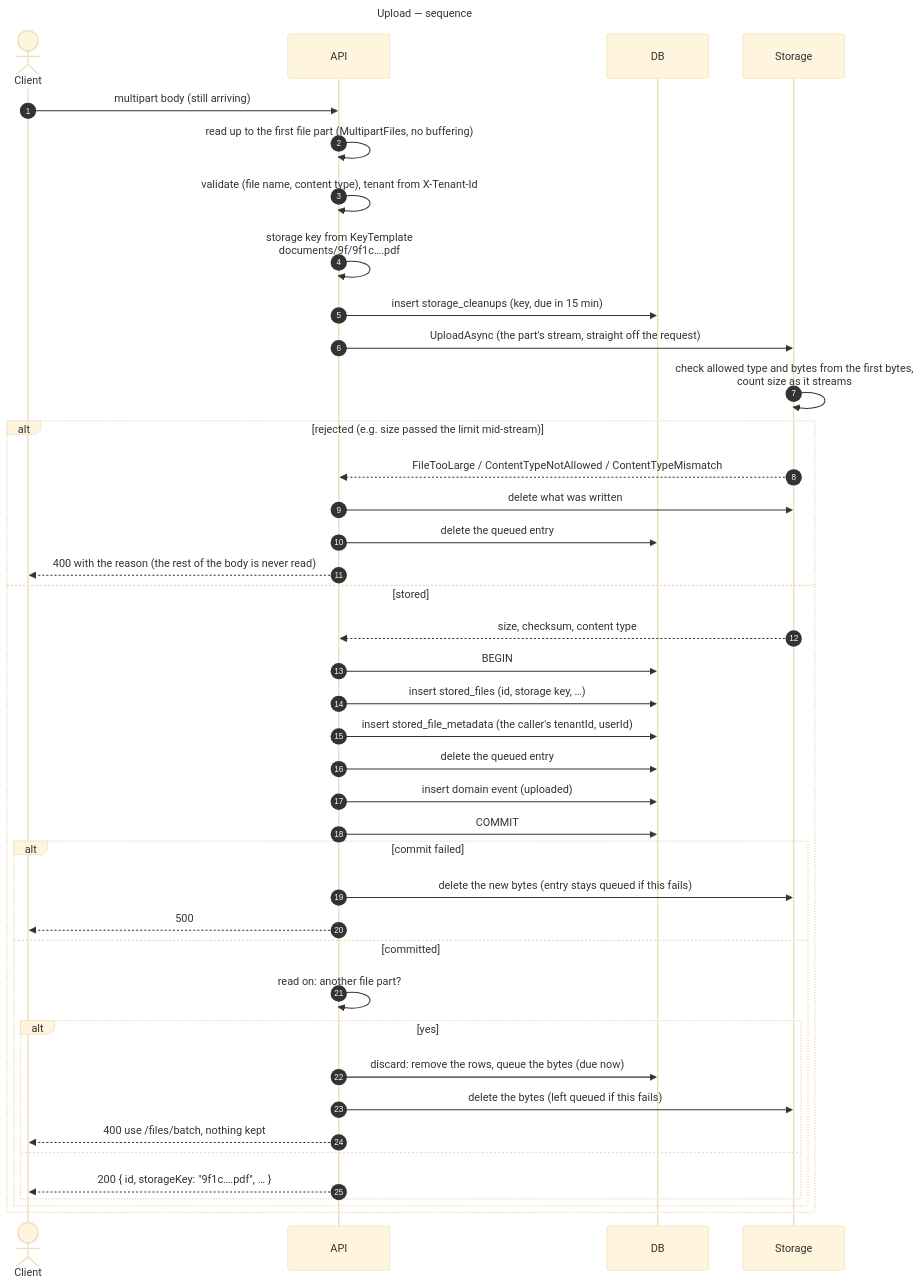
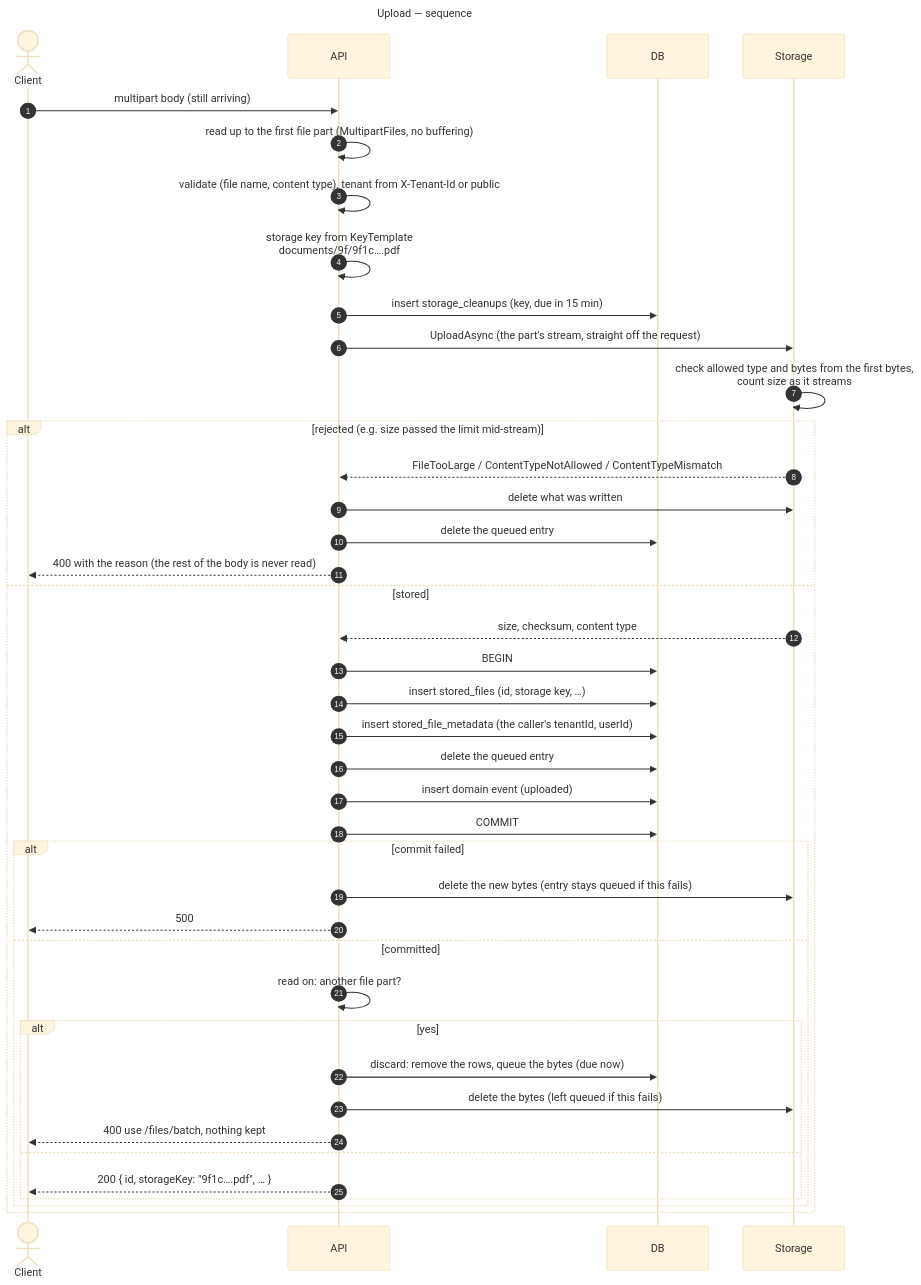
The third of 17 diagrams in docs/sequence-diagrams.md (gmetskhvarishvili/GM.FileStorage.Samples), drawn with Mermaid (base theme) before and after one commit. The commit also changed other lines of this file and 17 other files, not shown here.

First line of the commit message:
feat: make the tenant optional; callers without one share the public space

````diff
--- a/docs/sequence-diagrams.md
+++ b/docs/sequence-diagrams.md
@@ -93,46 +93,46 @@
 ```mermaid
 ---
 title: Upload — sequence
 ---
 sequenceDiagram
     autonumber
     actor C as Client
     participant API
     participant DB
     participant S as Storage
 
     C->>API: multipart body (still arriving)
     API->>API: read up to the first file part (MultipartFiles, no buffering)
-    API->>API: validate (file name, content type), tenant from X-Tenant-Id
+    API->>API: validate (file name, content type), tenant from X-Tenant-Id or public
     API->>API: storage key from KeyTemplate<br/>documents/9f/9f1c….pdf
     API->>DB: insert storage_cleanups (key, due in 15 min)
     API->>S: UploadAsync (the part's stream, straight off the request)
     S->>S: check allowed type and bytes from the first bytes,<br/>count size as it streams
     alt rejected (e.g. size passed the limit mid-stream)
         S-->>API: FileTooLarge / ContentTypeNotAllowed / ContentTypeMismatch
         API->>S: delete what was written
         API->>DB: delete the queued entry
         API-->>C: 400 with the reason (the rest of the body is never read)
     else stored
         S-->>API: size, checksum, content type
         API->>DB: BEGIN
         API->>DB: insert stored_files (id, storage key, …)
         API->>DB: insert stored_file_metadata (the caller's tenantId, userId)
         API->>DB: delete the queued entry
         API->>DB: insert domain event (uploaded)
         API->>DB: COMMIT
         alt commit failed
             API->>S: delete the new bytes (entry stays queued if this fails)
             API-->>C: 500
         else committed
             API->>API: read on: another file part?
             alt yes
                 API->>DB: discard: remove the rows, queue the bytes (due now)
                 API->>S: delete the bytes (left queued if this fails)
                 API-->>C: 400 use /files/batch, nothing kept
             else
                 API-->>C: 200 { id, storageKey: "9f1c….pdf", … }
             end
         end
     end
 ```
````
